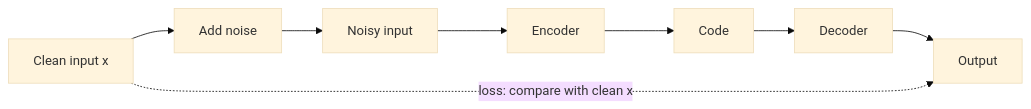
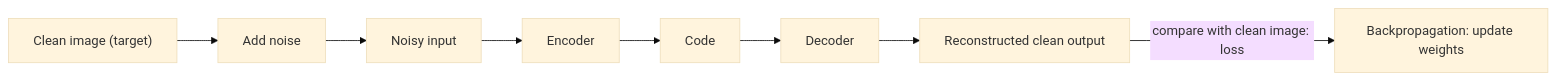
The diagram in content/deep-learning/pyq/2024-12/q1d.mdx (TrendySloth1001/sem-seven-notes), drawn with Mermaid (base theme) before and after one commit. The commit also changed other lines of this file and 254 other files, not shown here.

Commit message:
Rewrite the backpropagation, gradient descent, regularization and autoencoder notes and their 29 answers from the teachers' class files. They use 185 teacher figures with class-notes citations only, and correct the AdaGrad, RMSProp, Nesterov and batch-norm numbers on the slides.

````diff
--- a/content/deep-learning/pyq/2024-12/q1d.mdx
+++ b/content/deep-learning/pyq/2024-12/q1d.mdx
@@ -16,11 +13,11 @@
 ```mermaid
-%% caption: The loss compares the output with the clean input, not the noisy one.
+%% caption: A denoising autoencoder. The input is noisy but the loss is calculated against the clean image.
 flowchart LR
-  X["Clean input x"] --> N["Add noise"]
-  N --> Y["Noisy input"]
-  Y --> E["Encoder"]
-  E --> C["Code"]
-  C --> D["Decoder"]
-  D --> O["Output"]
-  X -.->|"loss: compare with clean x"| O
+  A["Clean image (target)"] --> B["Add noise"]
+  B --> C["Noisy input"]
+  C --> D["Encoder"]
+  D --> E["Code"]
+  E --> F["Decoder"]
+  F --> G["Reconstructed clean output"]
+  G -->|"compare with clean image: loss"| H["Backpropagation: update weights"]
 ```
````
